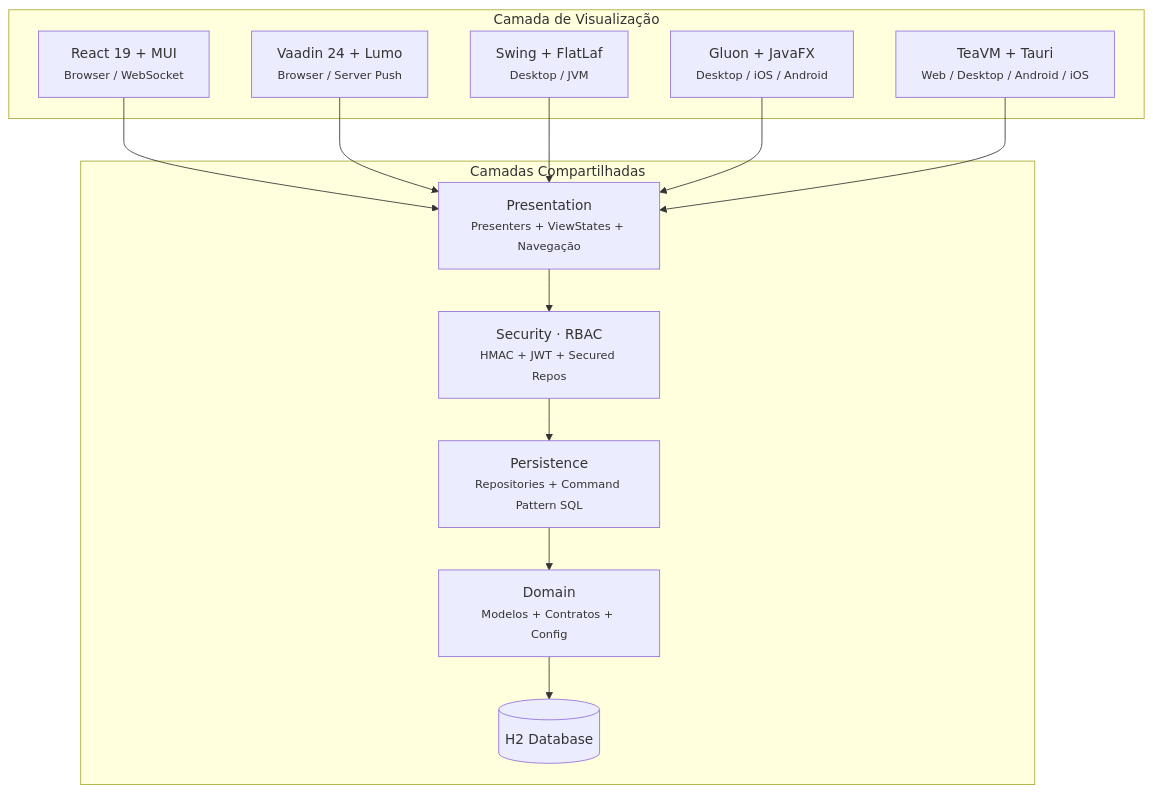
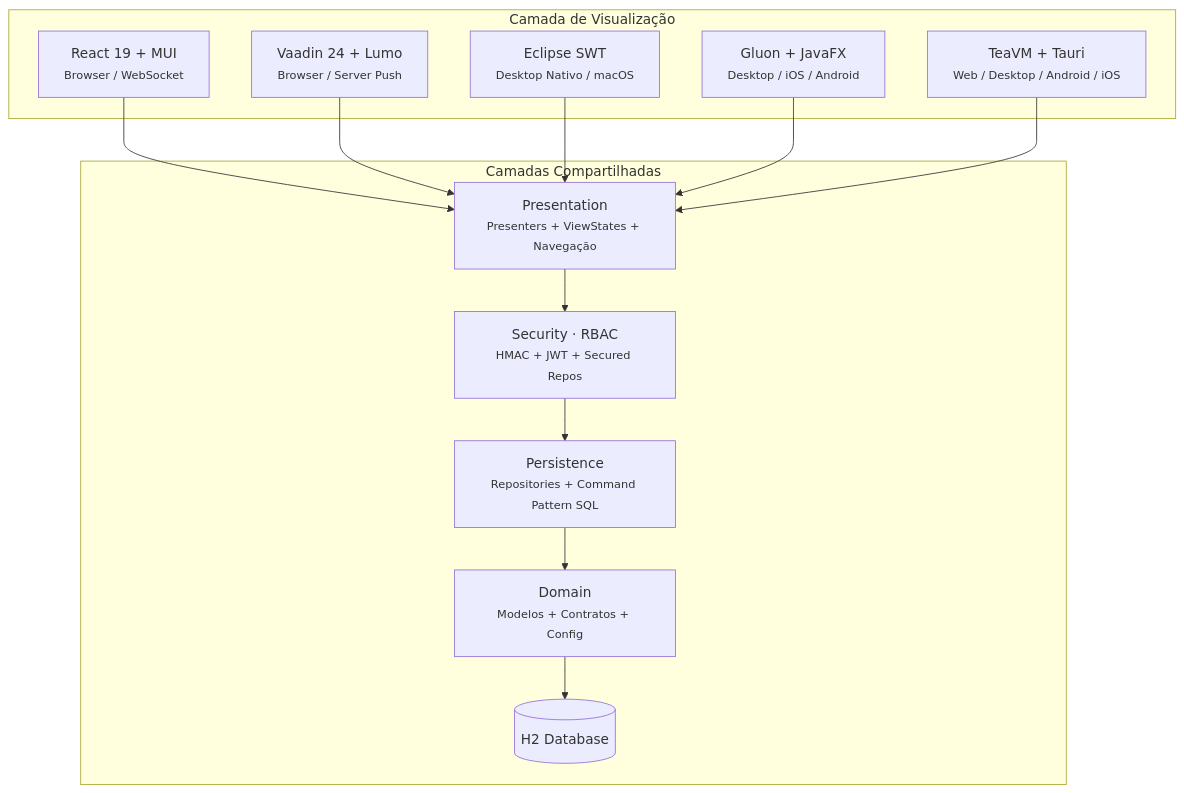
One commit to mrcdom/wdc-cube-java-v2 changed the first of 3 diagrams in README.md. Above: the diagram before and after it, drawn with Mermaid. The commit also changed other lines of this file and 7 other files, not shown here.

Commit message:
♻️ [REFACTOR] substitui referências a Swing por SWT (desktop nativo) e remove módulo swing do reactor

````diff
--- a/README.md
+++ b/README.md
@@ -9,25 +9,25 @@
 ```mermaid
 graph TD
     subgraph Views["Camada de Visualização"]
         R["React 19 + MUI<br/><small>Browser / WebSocket</small>"]
         V["Vaadin 24 + Lumo<br/><small>Browser / Server Push</small>"]
-        SW["Swing + FlatLaf<br/><small>Desktop / JVM</small>"]
+        SW["Eclipse SWT<br/><small>Desktop Nativo / macOS</small>"]
         GLN["Gluon + JavaFX<br/><small>Desktop / iOS / Android</small>"]
         TVM["TeaVM + Tauri<br/><small>Web / Desktop / Android / iOS</small>"]
     end
 
     subgraph Core["Camadas Compartilhadas"]
         P["Presentation<br/><small>Presenters + ViewStates + Navegação</small>"]
         SEC["Security · RBAC<br/><small>HMAC + JWT + Secured Repos</small>"]
         PER["Persistence<br/><small>Repositories + Command Pattern SQL</small>"]
         DOM["Domain<br/><small>Modelos + Contratos + Config</small>"]
         DB[("H2 Database")]
     end
 
     R --> P
     V --> P
     SW --> P
     GLN --> P
     TVM --> P
     P --> SEC --> PER --> DOM --> DB
 ```
````
